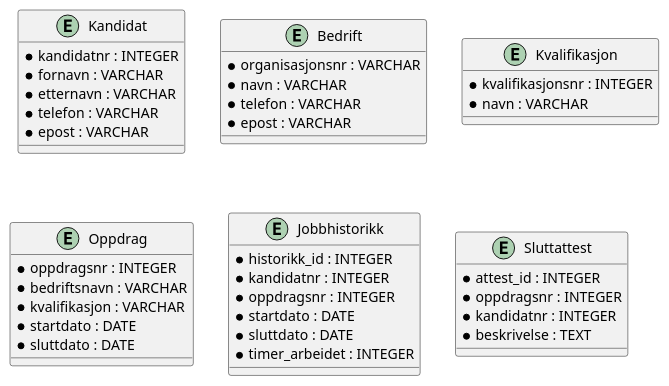
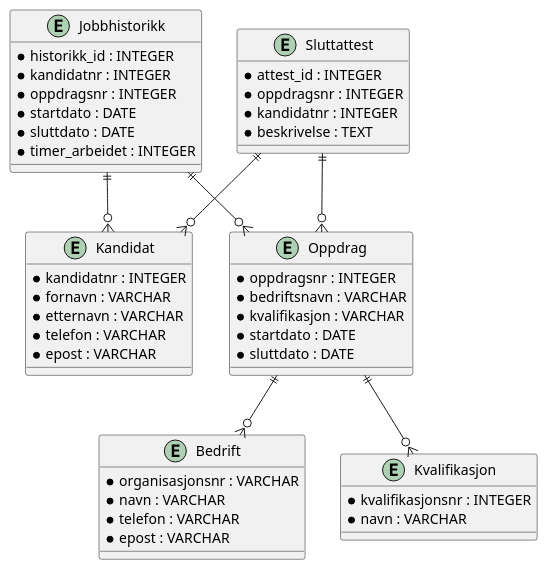
Before and after one commit to Segward/mysql-practices: the diagram in vikartjeneste/ER.puml, drawn with PlantUML.

Commit message:
Added relationships between entities

```diff
--- a/vikartjeneste/ER.puml
+++ b/vikartjeneste/ER.puml
@@ -1,47 +1,56 @@
 @startuml
 
 entity Kandidat {
     * kandidatnr : INTEGER
     * fornavn : VARCHAR
     * etternavn : VARCHAR
     * telefon : VARCHAR
     * epost : VARCHAR
 }
 
 entity Bedrift {
     * organisasjonsnr : VARCHAR
     * navn : VARCHAR
     * telefon : VARCHAR
     * epost : VARCHAR
 }
 
 entity Kvalifikasjon {
     * kvalifikasjonsnr : INTEGER
     * navn : VARCHAR
 }
 
 entity Oppdrag {
     * oppdragsnr : INTEGER
     * bedriftsnavn : VARCHAR
     * kvalifikasjon : VARCHAR
     * startdato : DATE
     * sluttdato : DATE
 }
 
 entity Jobbhistorikk {
     * historikk_id : INTEGER
     * kandidatnr : INTEGER
     * oppdragsnr : INTEGER
     * startdato : DATE
     * sluttdato : DATE
     * timer_arbeidet : INTEGER
 }
 
 entity Sluttattest {
     * attest_id : INTEGER
     * oppdragsnr : INTEGER
     * kandidatnr : INTEGER
     * beskrivelse : TEXT
 }
 
+Oppdrag ||--o{ Bedrift
+Oppdrag ||--o{ Kvalifikasjon
+
+Jobbhistorikk ||--o{ Kandidat
+Jobbhistorikk ||--o{ Oppdrag
+
+Sluttattest ||--o{ Kandidat
+Sluttattest ||--o{ Oppdrag
+
 @enduml
```
